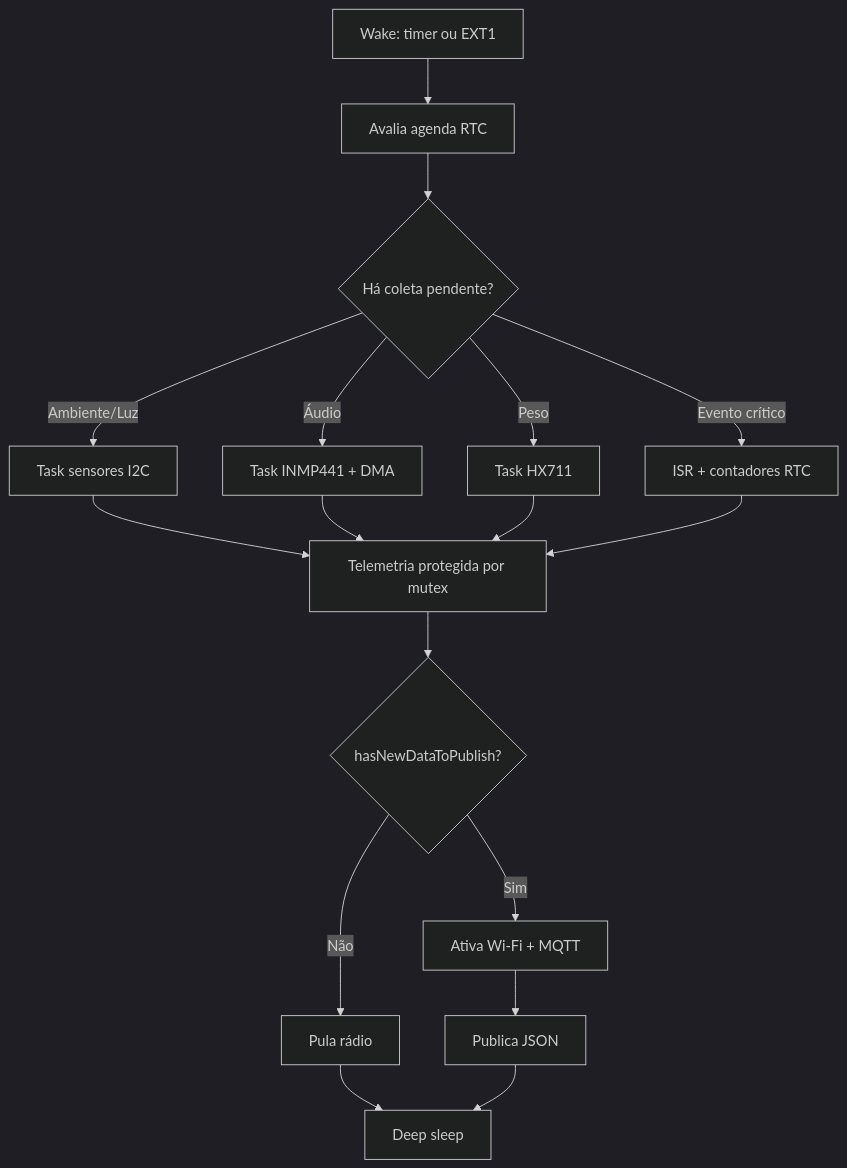
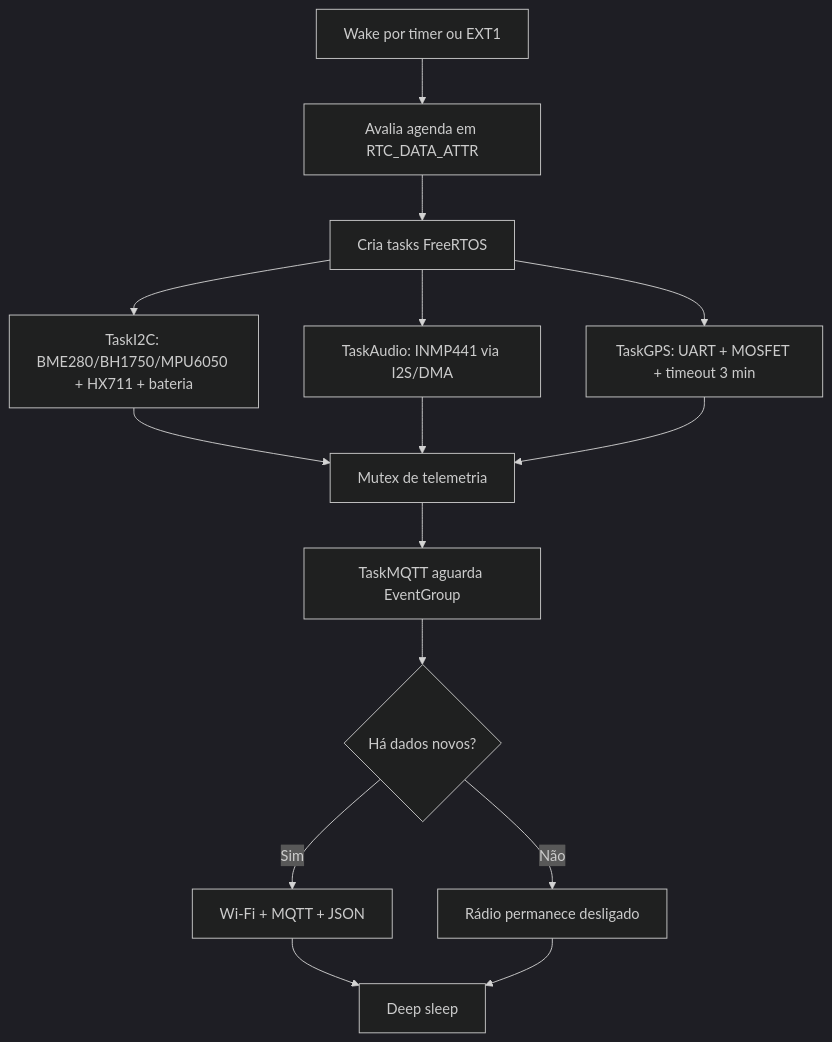
The diagram in firmware/esp32-s3/README.md (yasmine-vet-ads/BeeSpace), drawn with Mermaid (dark theme) before and after one commit. The commit also changed other lines of this file, not shown here.

````diff
--- a/firmware/esp32-s3/README.md
+++ b/firmware/esp32-s3/README.md
@@ -96,19 +24,17 @@
 ```mermaid
 flowchart TD
-    A[Wake: timer ou EXT1] --> B[Avalia agenda RTC]
-    B --> C{Há coleta pendente?}
-    C -- Ambiente/Luz --> D[Task sensores I2C]
-    C -- Áudio --> E[Task INMP441 + DMA]
-    C -- Peso --> F[Task HX711]
-    C -- Evento crítico --> G[ISR + contadores RTC]
-    D --> H[Telemetria protegida por mutex]
-    E --> H
-    F --> H
-    G --> H
-    H --> I{hasNewDataToPublish?}
-    I -- Sim --> J[Ativa Wi-Fi + MQTT]
-    I -- Não --> K[Pula rádio]
-    J --> L[Publica JSON]
-    K --> M[Deep sleep]
-    L --> M
+    A[Wake por timer ou EXT1] --> B[Avalia agenda em RTC_DATA_ATTR]
+    B --> C[Cria tasks FreeRTOS]
+    C --> D[TaskI2C: BME280/BH1750/MPU6050 + HX711 + bateria]
+    C --> E[TaskAudio: INMP441 via I2S/DMA]
+    C --> F[TaskGPS: UART + MOSFET + timeout 3 min]
+    D --> G[Mutex de telemetria]
+    E --> G
+    F --> G
+    G --> H[TaskMQTT aguarda EventGroup]
+    H --> I{Há dados novos?}
+    I -- Sim --> J[Wi-Fi + MQTT + JSON]
+    I -- Não --> K[Rádio permanece desligado]
+    J --> L[Deep sleep]
+    K --> L
 ```
````
